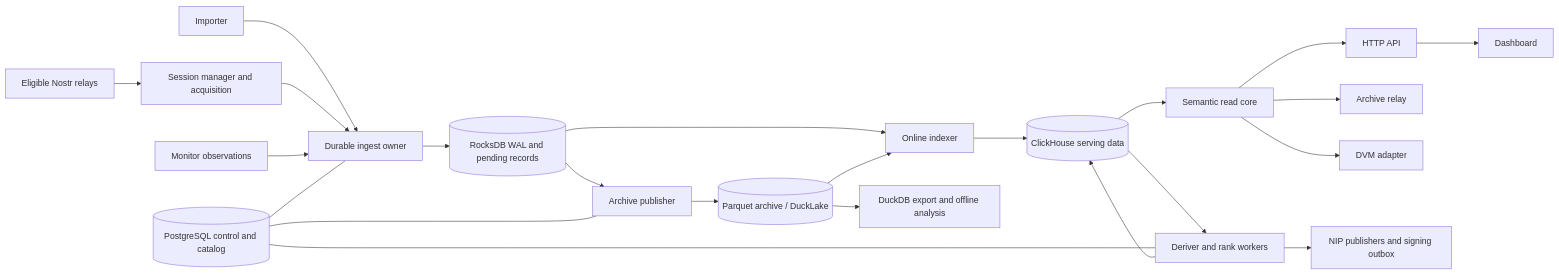
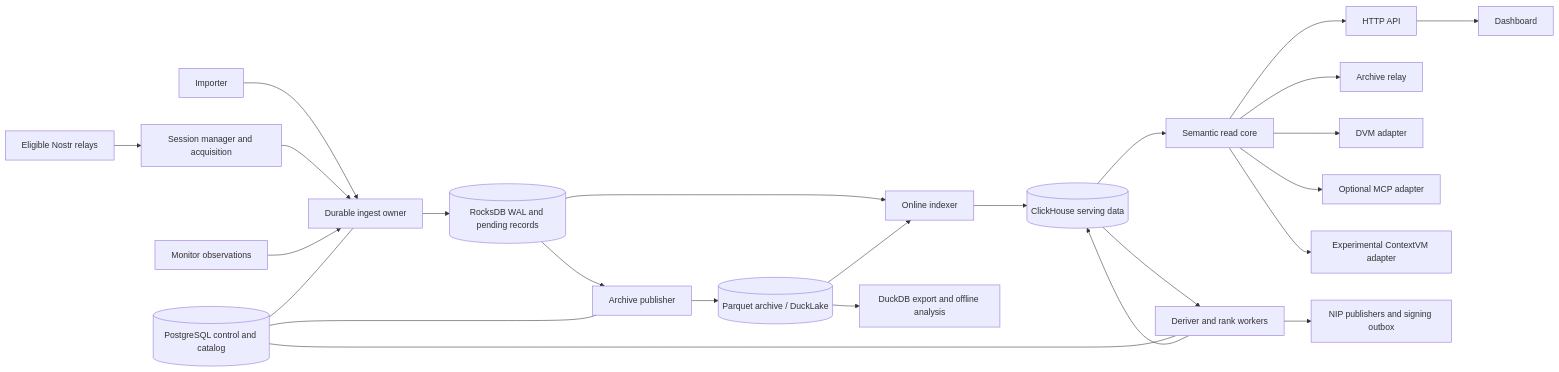
One commit to BigBrotr/bigbrotr-rs changed the diagram in docs/architecture/system-design.md. Above: the diagram before and after it, drawn with Mermaid. The commit also changed other lines of this file and 44 other files, not shown here.

````diff
--- a/docs/architecture/system-design.md
+++ b/docs/architecture/system-design.md
@@ -27,25 +27,27 @@
 ```mermaid
 flowchart LR
   R[Eligible Nostr relays] --> C[Session manager and acquisition]
   I[Importer] --> A[Durable ingest owner]
   C --> A
   M[Monitor observations] --> A
   A --> W[(RocksDB WAL and pending records)]
   W --> X[Online indexer]
   W --> P[Archive publisher]
   P --> L[(Parquet archive / DuckLake)]
   L --> X
   X --> H[(ClickHouse serving data)]
   H --> D[Deriver and rank workers]
   D --> H
   H --> Q[Semantic read core]
   Q --> API[HTTP API]
   Q --> AR[Archive relay]
   Q --> DV[DVM adapter]
+  Q --> MC[Optional MCP adapter]
+  Q --> CV[Experimental ContextVM adapter]
   API --> UI[Dashboard]
   L --> EX[DuckDB export and offline analysis]
   PG[(PostgreSQL control and catalog)] --- A
   PG --- P
   PG --- D
   D --> PU[NIP publishers and signing outbox]
 ```
````
